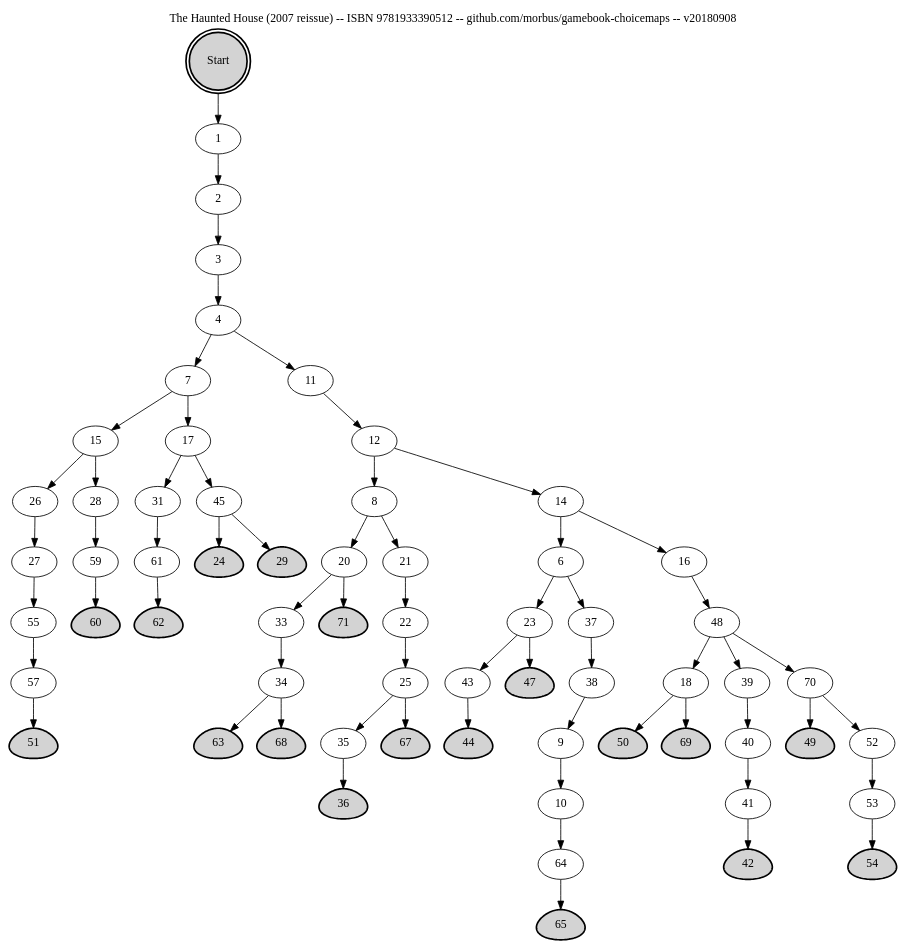
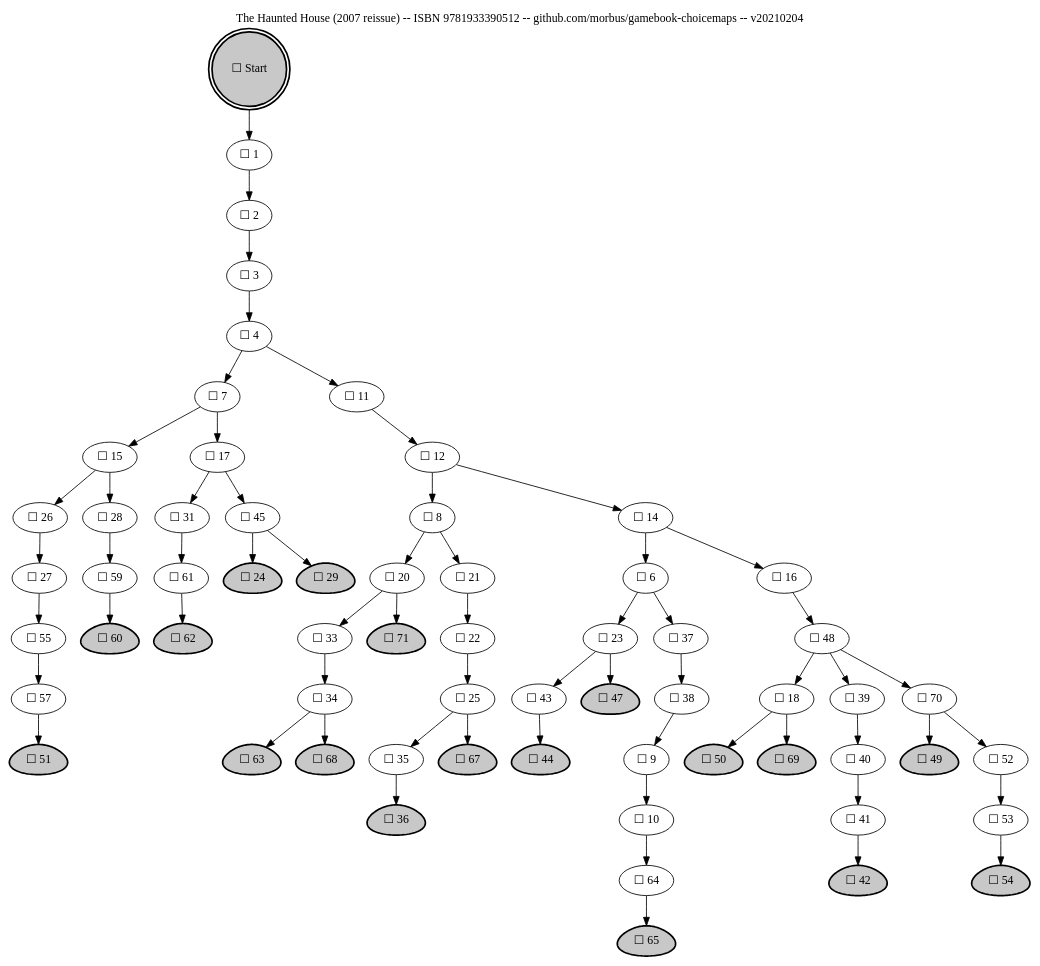
The diagram in choicemaps/the-haunted-house--2007-reissue--isbn-9781933390512/the-haunted-house--2007-reissue--isbn-9781933390512.gv (morbus/gamebook-choicemaps), drawn with Graphviz before and after one commit. The commit also changed 3 other files, not shown here.

```diff
--- a/choicemaps/the-haunted-house--2007-reissue--isbn-9781933390512/the-haunted-house--2007-reissue--isbn-9781933390512.gv
+++ b/choicemaps/the-haunted-house--2007-reissue--isbn-9781933390512/the-haunted-house--2007-reissue--isbn-9781933390512.gv
@@ -1,197 +1,197 @@
-digraph "The Haunted House (2007 reissue) -- ISBN 9781933390512 -- github.com/morbus/gamebook-choicemaps -- v20180908" {
+digraph "The Haunted House (2007 reissue) -- ISBN 9781933390512 -- github.com/morbus/gamebook-choicemaps -- v20210204" {
 rankdir=TB
 
 
-"Start" [shape=doublecircle style="filled,bold" tooltip="4"]
+"Start" [shape=doublecircle style="filled,bold" fillcolor="#C8C8C8" label="☐ Start" tooltip="4"]
 "Start" -> "1"
 
-"1" [tooltip="5"]
+"1" [fillcolor="#FFFFFF" label="☐ 1" tooltip="5"]
 "1" -> "2"
 
-"2" [tooltip="6"]
+"2" [fillcolor="#FFFFFF" label="☐ 2" tooltip="6"]
 "2" -> "3"
 
-"3" [tooltip="7"]
+"3" [fillcolor="#FFFFFF" label="☐ 3" tooltip="7"]
 "3" -> "4"
 
-"4" [tooltip="8"]
+"4" [fillcolor="#FFFFFF" label="☐ 4" tooltip="8"]
 "4" -> "7"
 "4" -> "11"
 
-"6" [tooltip="9"]
+"6" [fillcolor="#FFFFFF" label="☐ 6" tooltip="9"]
 "6" -> "23"
 "6" -> "37"
 
-"7" [tooltip="10"]
+"7" [fillcolor="#FFFFFF" label="☐ 7" tooltip="10"]
 "7" -> "15"
 "7" -> "17"
 
-"8" [tooltip="11"]
+"8" [fillcolor="#FFFFFF" label="☐ 8" tooltip="11"]
 "8" -> "20"
 "8" -> "21"
 
-"9" [tooltip="12"]
+"9" [fillcolor="#FFFFFF" label="☐ 9" tooltip="12"]
 "9" -> "10"
 
-"10" [tooltip="13"]
+"10" [fillcolor="#FFFFFF" label="☐ 10" tooltip="13"]
 "10" -> "64"
 
-"11" [tooltip="14"]
+"11" [fillcolor="#FFFFFF" label="☐ 11" tooltip="14"]
 "11" -> "12"
 
-"12" [tooltip="15"]
+"12" [fillcolor="#FFFFFF" label="☐ 12" tooltip="15"]
 "12" -> "8"
 "12" -> "14"
 
-"14" [tooltip="16"]
+"14" [fillcolor="#FFFFFF" label="☐ 14" tooltip="16"]
 "14" -> "6"
 "14" -> "16"
 
-"15" [tooltip="17"]
+"15" [fillcolor="#FFFFFF" label="☐ 15" tooltip="17"]
 "15" -> "26"
 "15" -> "28"
 
-"16" [tooltip="18"]
+"16" [fillcolor="#FFFFFF" label="☐ 16" tooltip="18"]
 "16" -> "48"
 
-"17" [tooltip="19"]
+"17" [fillcolor="#FFFFFF" label="☐ 17" tooltip="19"]
 "17" -> "31"
 "17" -> "45"
 
-"18" [tooltip="20"]
+"18" [fillcolor="#FFFFFF" label="☐ 18" tooltip="20"]
 "18" -> "50"
 "18" -> "69"
 
-"20" [tooltip="21"]
+"20" [fillcolor="#FFFFFF" label="☐ 20" tooltip="21"]
 "20" -> "33"
 "20" -> "71"
 
-"21" [tooltip="22"]
+"21" [fillcolor="#FFFFFF" label="☐ 21" tooltip="22"]
 "21" -> "22"
 
-"22" [tooltip="23"]
+"22" [fillcolor="#FFFFFF" label="☐ 22" tooltip="23"]
 "22" -> "25"
 
-"23" [tooltip="24"]
+"23" [fillcolor="#FFFFFF" label="☐ 23" tooltip="24"]
 "23" -> "43"
 "23" -> "47"
 
-"24" [shape=egg style="filled,bold" tooltip="25"]
+"24" [shape=egg style="filled,bold" fillcolor="#C8C8C8" label="☐ 24" tooltip="25"]
 
-"25" [tooltip="26"]
+"25" [fillcolor="#FFFFFF" label="☐ 25" tooltip="26"]
 "25" -> "35"
 "25" -> "67"
 
-"26" [tooltip="27"]
+"26" [fillcolor="#FFFFFF" label="☐ 26" tooltip="27"]
 "26" -> "27"
 
-"27" [tooltip="28"]
+"27" [fillcolor="#FFFFFF" label="☐ 27" tooltip="28"]
 "27" -> "55"
 
-"28" [tooltip="29"]
+"28" [fillcolor="#FFFFFF" label="☐ 28" tooltip="29"]
 "28" -> "59"
 
-"29" [shape=egg style="filled,bold" tooltip="30"]
+"29" [shape=egg style="filled,bold" fillcolor="#C8C8C8" label="☐ 29" tooltip="30"]
 
-"31" [tooltip="31"]
+"31" [fillcolor="#FFFFFF" label="☐ 31" tooltip="31"]
 "31" -> "61"
 
-"33" [tooltip="32"]
+"33" [fillcolor="#FFFFFF" label="☐ 33" tooltip="32"]
 "33" -> "34"
 
-"34" [tooltip="33"]
+"34" [fillcolor="#FFFFFF" label="☐ 34" tooltip="33"]
 "34" -> "63"
 "34" -> "68"
 
-"35" [tooltip="34"]
+"35" [fillcolor="#FFFFFF" label="☐ 35" tooltip="34"]
 "35" -> "36"
 
-"36" [shape=egg style="filled,bold" tooltip="35"]
+"36" [shape=egg style="filled,bold" fillcolor="#C8C8C8" label="☐ 36" tooltip="35"]
 
-"37" [tooltip="36"]
+"37" [fillcolor="#FFFFFF" label="☐ 37" tooltip="36"]
 "37" -> "38"
 
-"38" [tooltip="37"]
+"38" [fillcolor="#FFFFFF" label="☐ 38" tooltip="37"]
 "38" -> "9"
 
-"39" [tooltip="38"]
+"39" [fillcolor="#FFFFFF" label="☐ 39" tooltip="38"]
 "39" -> "40"
 
-"40" [tooltip="39"]
+"40" [fillcolor="#FFFFFF" label="☐ 40" tooltip="39"]
 "40" -> "41"
 
-"41" [tooltip="40"]
+"41" [fillcolor="#FFFFFF" label="☐ 41" tooltip="40"]
 "41" -> "42"
 
-"42" [shape=egg style="filled,bold" tooltip="41"]
+"42" [shape=egg style="filled,bold" fillcolor="#C8C8C8" label="☐ 42" tooltip="41"]
 
-"43" [tooltip="42"]
+"43" [fillcolor="#FFFFFF" label="☐ 43" tooltip="42"]
 "43" -> "44"
 
-"44" [shape=egg style="filled,bold" tooltip="43"]
+"44" [shape=egg style="filled,bold" fillcolor="#C8C8C8" label="☐ 44" tooltip="43"]
 
-"45" [tooltip="44"]
+"45" [fillcolor="#FFFFFF" label="☐ 45" tooltip="44"]
 "45" -> "24"
 "45" -> "29"
 
-"47" [shape=egg style="filled,bold" tooltip="45"]
+"47" [shape=egg style="filled,bold" fillcolor="#C8C8C8" label="☐ 47" tooltip="45"]
 
-"48" [tooltip="46"]
+"48" [fillcolor="#FFFFFF" label="☐ 48" tooltip="46"]
 "48" -> "18"
 "48" -> "39"
 "48" -> "70"
 
-"49" [shape=egg style="filled,bold" tooltip="47"]
+"49" [shape=egg style="filled,bold" fillcolor="#C8C8C8" label="☐ 49" tooltip="47"]
 
-"50" [shape=egg style="filled,bold" tooltip="48"]
+"50" [shape=egg style="filled,bold" fillcolor="#C8C8C8" label="☐ 50" tooltip="48"]
 
-"51" [shape=egg style="filled,bold" tooltip="49"]
+"51" [shape=egg style="filled,bold" fillcolor="#C8C8C8" label="☐ 51" tooltip="49"]
 
-"52" [tooltip="50"]
+"52" [fillcolor="#FFFFFF" label="☐ 52" tooltip="50"]
 "52" -> "53"
 
-"53" [tooltip="51"]
+"53" [fillcolor="#FFFFFF" label="☐ 53" tooltip="51"]
 "53" -> "54"
 
-"54" [shape=egg style="filled,bold" tooltip="52"]
+"54" [shape=egg style="filled,bold" fillcolor="#C8C8C8" label="☐ 54" tooltip="52"]
 
-"55" [tooltip="53"]
+"55" [fillcolor="#FFFFFF" label="☐ 55" tooltip="53"]
 "55" -> "57"
 
-"57" [tooltip="54"]
+"57" [fillcolor="#FFFFFF" label="☐ 57" tooltip="54"]
 "57" -> "51"
 
-"59" [tooltip="55"]
+"59" [fillcolor="#FFFFFF" label="☐ 59" tooltip="55"]
 "59" -> "60"
 
-"60" [shape=egg style="filled,bold" tooltip="56"]
+"60" [shape=egg style="filled,bold" fillcolor="#C8C8C8" label="☐ 60" tooltip="56"]
 
-"61" [tooltip="57"]
+"61" [fillcolor="#FFFFFF" label="☐ 61" tooltip="57"]
 "61" -> "62"
 
-"62" [shape=egg style="filled,bold" tooltip="58"]
+"62" [shape=egg style="filled,bold" fillcolor="#C8C8C8" label="☐ 62" tooltip="58"]
 
-"63" [shape=egg style="filled,bold" tooltip="59"]
+"63" [shape=egg style="filled,bold" fillcolor="#C8C8C8" label="☐ 63" tooltip="59"]
 
-"64" [tooltip="60"]
+"64" [fillcolor="#FFFFFF" label="☐ 64" tooltip="60"]
 "64" -> "65"
 
-"65" [shape=egg style="filled,bold" tooltip="61"]
+"65" [shape=egg style="filled,bold" fillcolor="#C8C8C8" label="☐ 65" tooltip="61"]
 
-"67" [shape=egg style="filled,bold" tooltip="62"]
+"67" [shape=egg style="filled,bold" fillcolor="#C8C8C8" label="☐ 67" tooltip="62"]
 
-"68" [shape=egg style="filled,bold" tooltip="63"]
+"68" [shape=egg style="filled,bold" fillcolor="#C8C8C8" label="☐ 68" tooltip="63"]
 
-"69" [shape=egg style="filled,bold" tooltip="64"]
+"69" [shape=egg style="filled,bold" fillcolor="#C8C8C8" label="☐ 69" tooltip="64"]
 
-"70" [tooltip="65"]
+"70" [fillcolor="#FFFFFF" label="☐ 70" tooltip="65"]
 "70" -> "49"
 "70" -> "52"
 
-"71" [shape=egg style="filled,bold" tooltip="66"]
+"71" [shape=egg style="filled,bold" fillcolor="#C8C8C8" label="☐ 71" tooltip="66"]
 
 labelloc="t"
 
-label="The Haunted House (2007 reissue) -- ISBN 9781933390512 -- github.com/morbus/gamebook-choicemaps -- v20180908"
+label="The Haunted House (2007 reissue) -- ISBN 9781933390512 -- github.com/morbus/gamebook-choicemaps -- v20210204"
 
 }
```
